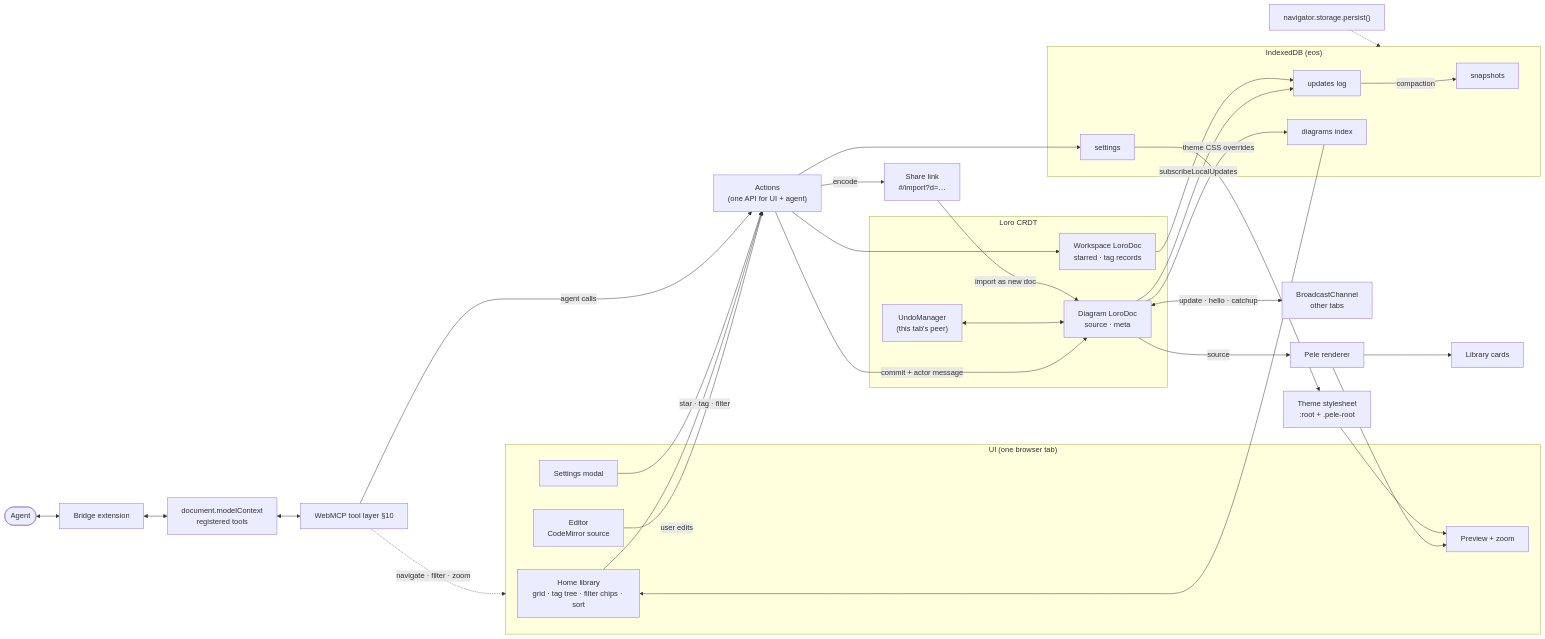
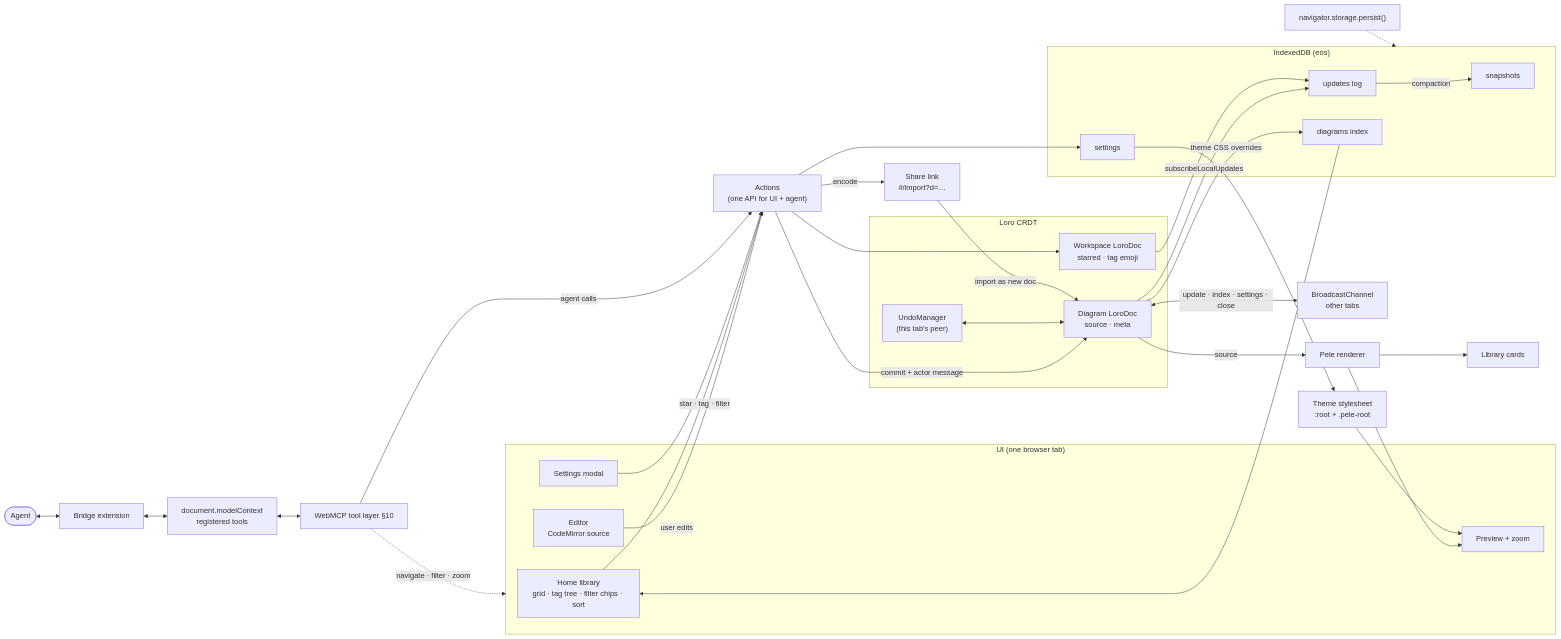
Before and after one commit to campfireshuffle/eos: the diagram in docs/data-model.md, drawn with Mermaid. The commit also changed other lines of this file, not shown here.

````diff
--- a/docs/data-model.md
+++ b/docs/data-model.md
@@ -18,53 +18,53 @@
 ```mermaid
 flowchart LR
   subgraph UI["UI (one browser tab)"]
     Home["Home library<br/>grid · tag tree · filter chips · sort"]
     Editor["Editor<br/>CodeMirror source"]
     Preview["Preview + zoom"]
     SettingsUI["Settings modal"]
   end
 
   Agent(["Agent"]) <--> Bridge["Bridge extension"]
   Bridge <--> MC["document.modelContext<br/>registered tools"]
   MC <--> Tools["WebMCP tool layer §10"]
 
   Editor -- "user edits" --> Actions
   Home -- "star · tag · filter" --> Actions
   SettingsUI --> Actions
   Tools -- "agent calls" --> Actions["Actions<br/>(one API for UI + agent)"]
   Tools -. "navigate · filter · zoom" .-> UI
 
   subgraph Loro["Loro CRDT"]
     DiagramDoc["Diagram LoroDoc<br/>source · meta"]
-    WorkspaceDoc["Workspace LoroDoc<br/>starred · tag records"]
+    WorkspaceDoc["Workspace LoroDoc<br/>starred · tag emoji"]
     Undo["UndoManager<br/>(this tab's peer)"]
   end
 
   Actions -- "commit + actor message" --> DiagramDoc
   Actions --> WorkspaceDoc
   Undo <--> DiagramDoc
   DiagramDoc -- "source" --> Pele["Pele renderer"]
   Pele --> Preview
   Pele --> Cards["Library cards"]
 
   subgraph IDB["IndexedDB (eos)"]
     Snap["snapshots"]
     Log["updates log"]
     Index["diagrams index"]
     Settings["settings"]
   end
 
   DiagramDoc -- "subscribeLocalUpdates" --> Log
   WorkspaceDoc --> Log
   Log -- "compaction" --> Snap
   DiagramDoc --> Index
   Index --> Home
   Settings -- "theme CSS overrides" --> Theme["Theme stylesheet<br/>:root + .pele-root"]
   Theme --> Preview
   Actions --> Settings
 
-  DiagramDoc <-- "update · hello · catchup" --> BC["BroadcastChannel<br/>other tabs"]
+  DiagramDoc <-- "update · index · settings · close" --> BC["BroadcastChannel<br/>other tabs"]
   Actions -- "encode" --> Share["Share link<br/>#/import?d=…"]
   Share -- "import as new doc" --> DiagramDoc
   Persist["navigator.storage.persist()"] -.-> IDB
 ```
````
